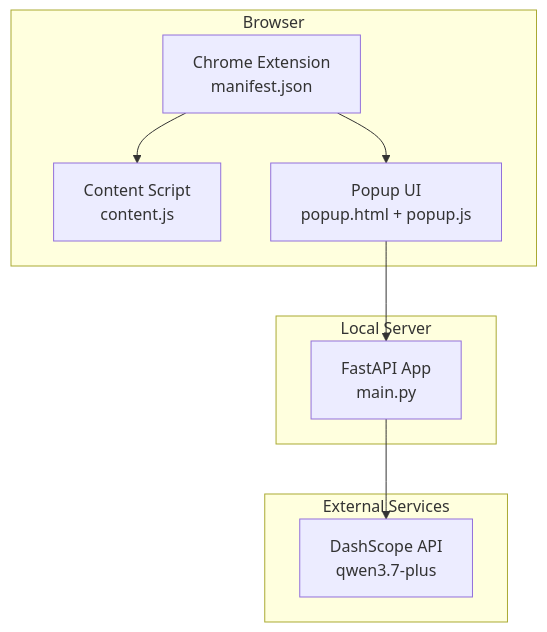
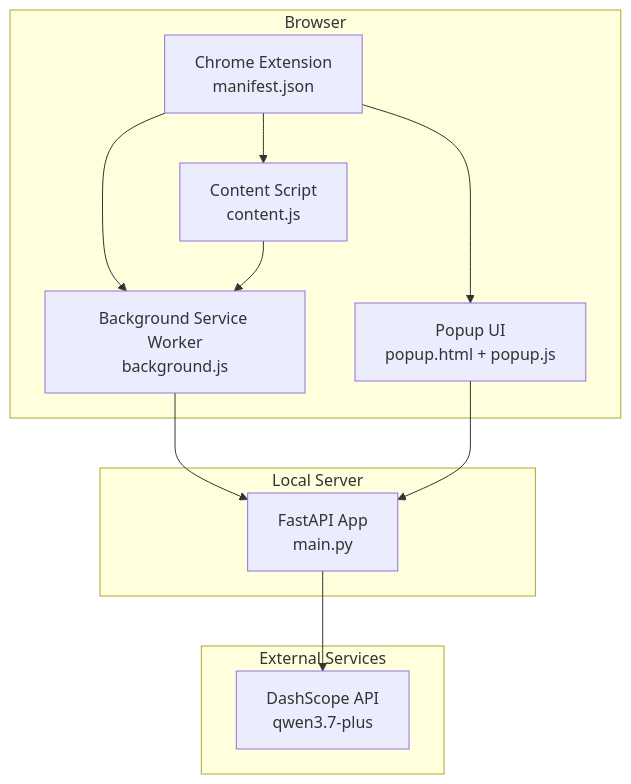
The first of 7 diagrams in .qoder/repowiki/en/content/System Architecture.md (Aymanaahh/scrollguard-ai), drawn with Mermaid before and after one commit. The commit also changed other lines of this file and 38 other files, not shown here.

````diff
--- a/.qoder/repowiki/en/content/System Architecture.md
+++ b/.qoder/repowiki/en/content/System Architecture.md
@@ -44,18 +56,22 @@
 ```mermaid
 graph TB
 subgraph "Browser"
 A["Chrome Extension<br/>manifest.json"]
 B["Content Script<br/>content.js"]
-C["Popup UI<br/>popup.html + popup.js"]
+C["Background Service Worker<br/>background.js"]
+D["Popup UI<br/>popup.html + popup.js"]
 end
 subgraph "Local Server"
-D["FastAPI App<br/>main.py"]
+E["FastAPI App<br/>main.py"]
 end
 subgraph "External Services"
-E["DashScope API<br/>qwen3.7-plus"]
+F["DashScope API<br/>qwen3.7-plus"]
 end
 A --> B
 A --> C
-C --> D
+A --> D
+B --> C
+C --> E
 D --> E
+E --> F
 ```
````
